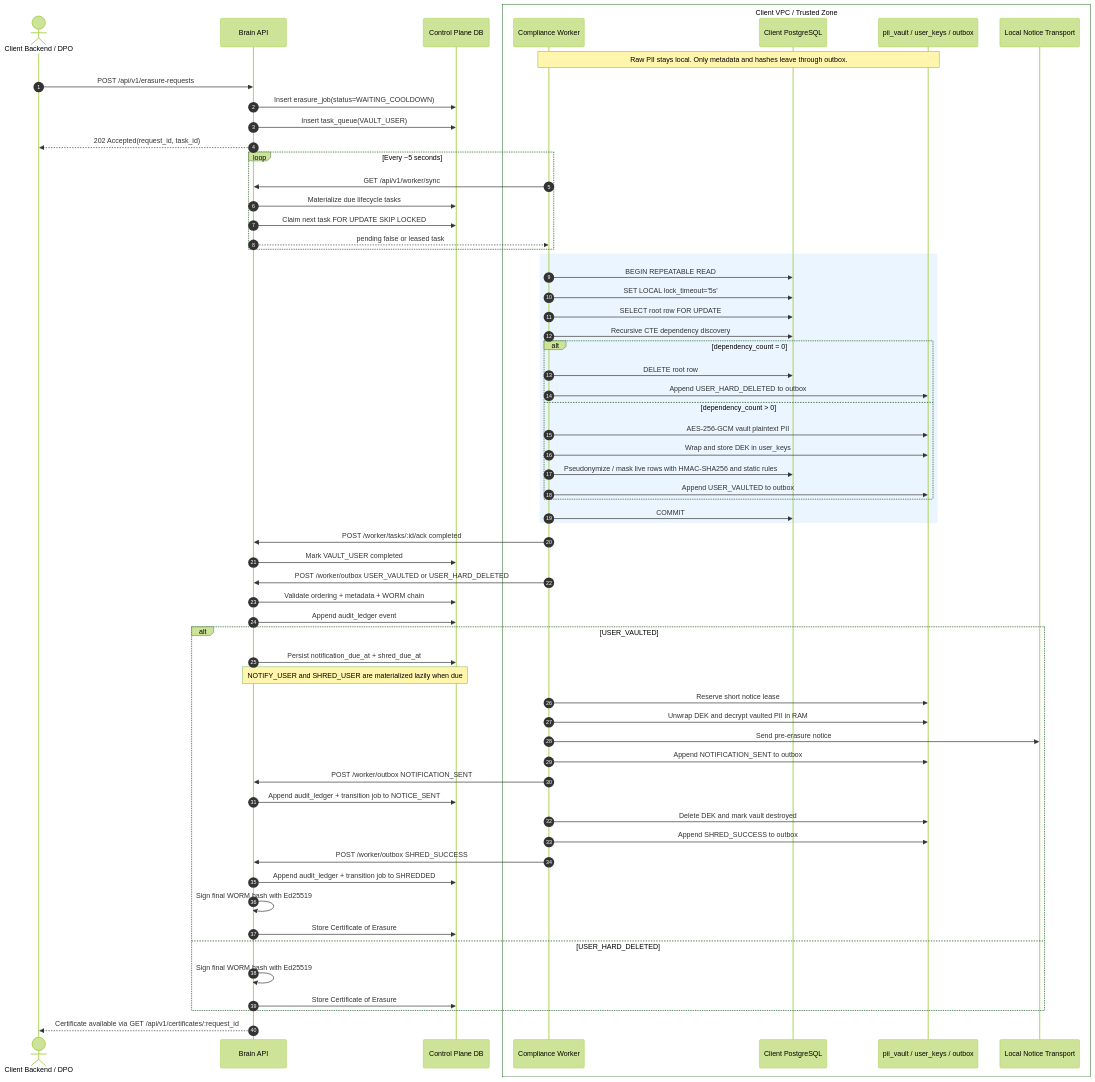
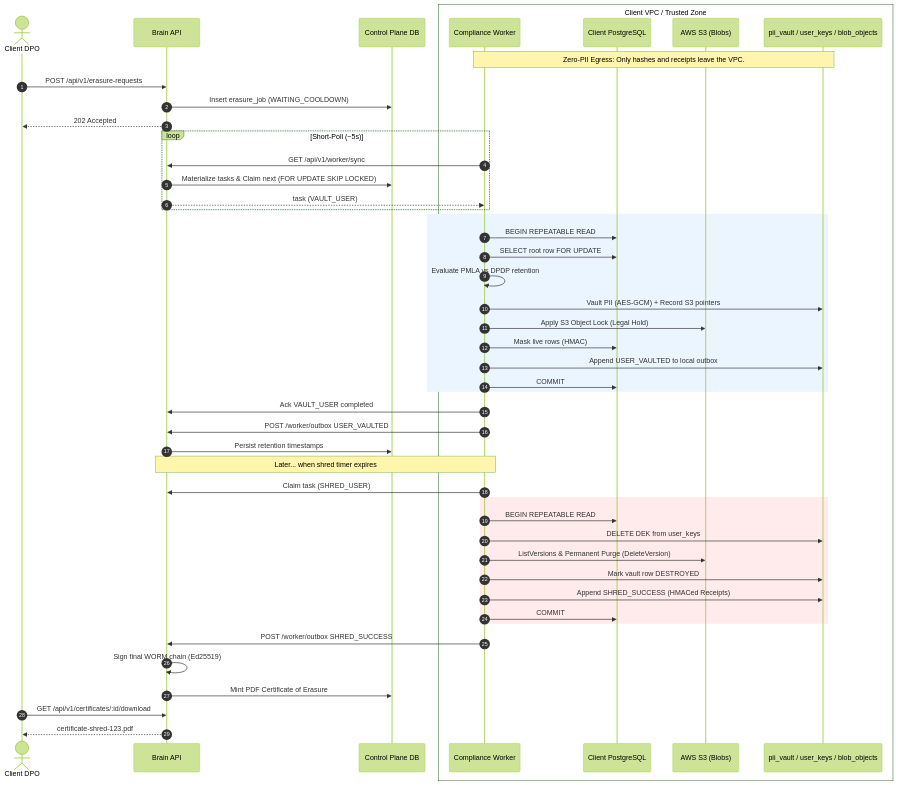
The diagram in docs/full-architecture/visuals/02-end-to-end-sequence.md (devxdh/compliance-app), drawn with Mermaid (forest theme) before and after one commit. The commit also changed other lines of this file and 19 other files, not shown here.

````diff
--- a/docs/full-architecture/visuals/02-end-to-end-sequence.md
+++ b/docs/full-architecture/visuals/02-end-to-end-sequence.md
@@ -3,76 +3,61 @@
 ```mermaid
 sequenceDiagram
     autonumber
-    actor Client as Client Backend / DPO
+    actor DPO as Client DPO
     participant API as Brain API
     participant CPDB as Control Plane DB
 
     box Client VPC / Trusted Zone
         participant Worker as Compliance Worker
         participant AppDB as Client PostgreSQL
-        participant Engine as pii_vault / user_keys / outbox
-        participant Mailer as Local Notice Transport
+        participant S3 as AWS S3 (Blobs)
+        participant Engine as pii_vault / user_keys / blob_objects
     end
 
-    Note over Worker,Engine: Raw PII stays local. Only metadata and hashes leave through outbox.
+    Note over Worker,Engine: Zero-PII Egress: Only hashes and receipts leave the VPC.
 
-    Client->>API: POST /api/v1/erasure-requests
-    API->>CPDB: Insert erasure_job(status=WAITING_COOLDOWN)
-    API->>CPDB: Insert task_queue(VAULT_USER)
-    API-->>Client: 202 Accepted(request_id, task_id)
+    DPO->>API: POST /api/v1/erasure-requests
+    API->>CPDB: Insert erasure_job (WAITING_COOLDOWN)
+    API-->>DPO: 202 Accepted
 
-    loop Every ~5 seconds
+    loop Short-Poll (~5s)
         Worker->>API: GET /api/v1/worker/sync
-        API->>CPDB: Materialize due lifecycle tasks
-        API->>CPDB: Claim next task FOR UPDATE SKIP LOCKED
-        API-->>Worker: pending false or leased task
+        API->>CPDB: Materialize tasks & Claim next (FOR UPDATE SKIP LOCKED)
+        API-->>Worker: task (VAULT_USER)
     end
 
     rect rgb(235,245,255)
         Worker->>AppDB: BEGIN REPEATABLE READ
-        Worker->>AppDB: SET LOCAL lock_timeout='5s'
         Worker->>AppDB: SELECT root row FOR UPDATE
-        Worker->>AppDB: Recursive CTE dependency discovery
-        alt dependency_count = 0
-            Worker->>AppDB: DELETE root row
-            Worker->>Engine: Append USER_HARD_DELETED to outbox
-        else dependency_count > 0
-            Worker->>Engine: AES-256-GCM vault plaintext PII
-            Worker->>Engine: Wrap and store DEK in user_keys
-            Worker->>AppDB: Pseudonymize / mask live rows with HMAC-SHA256 and static rules
-            Worker->>Engine: Append USER_VAULTED to outbox
-        end
+        Worker->>Worker: Evaluate PMLA vs DPDP retention
+        Worker->>Engine: Vault PII (AES-GCM) + Record S3 pointers
+        Worker->>S3: Apply S3 Object Lock (Legal Hold)
+        Worker->>AppDB: Mask live rows (HMAC)
+        Worker->>Engine: Append USER_VAULTED to local outbox
         Worker->>AppDB: COMMIT
     end
 
-    Worker->>API: POST /worker/tasks/:id/ack completed
-    API->>CPDB: Mark VAULT_USER completed
+    Worker->>API: Ack VAULT_USER completed
+    Worker->>API: POST /worker/outbox USER_VAULTED
+    API->>CPDB: Persist retention timestamps
 
-    Worker->>API: POST /worker/outbox USER_VAULTED or USER_HARD_DELETED
-    API->>CPDB: Validate ordering + metadata + WORM chain
-    API->>CPDB: Append audit_ledger event
+    Note over API,Worker: Later... when shred timer expires
 
-    alt USER_VAULTED
-        API->>CPDB: Persist notification_due_at + shred_due_at
-        Note over API,CPDB: NOTIFY_USER and SHRED_USER are materialized lazily when due
-
-        Worker->>Engine: Reserve short notice lease
-        Worker->>Engine: Unwrap DEK and decrypt vaulted PII in RAM
-        Worker->>Mailer: Send pre-erasure notice
-        Worker->>Engine: Append NOTIFICATION_SENT to outbox
-        Worker->>API: POST /worker/outbox NOTIFICATION_SENT
-        API->>CPDB: Append audit_ledger + transition job to NOTICE_SENT
-
-        Worker->>Engine: Delete DEK and mark vault destroyed
-        Worker->>Engine: Append SHRED_SUCCESS to outbox
-        Worker->>API: POST /worker/outbox SHRED_SUCCESS
-        API->>CPDB: Append audit_ledger + transition job to SHREDDED
-        API->>API: Sign final WORM hash with Ed25519
-        API->>CPDB: Store Certificate of Erasure
-    else USER_HARD_DELETED
-        API->>API: Sign final WORM hash with Ed25519
-        API->>CPDB: Store Certificate of Erasure
+    Worker->>API: Claim task (SHRED_USER)
+    
+    rect rgb(255,235,235)
+        Worker->>AppDB: BEGIN REPEATABLE READ
+        Worker->>Engine: DELETE DEK from user_keys
+        Worker->>S3: ListVersions & Permanent Purge (DeleteVersion)
+        Worker->>Engine: Mark vault row DESTROYED
+        Worker->>Engine: Append SHRED_SUCCESS (HMACed Receipts)
+        Worker->>AppDB: COMMIT
     end
 
-    API-->>Client: Certificate available via GET /api/v1/certificates/:request_id
+    Worker->>API: POST /worker/outbox SHRED_SUCCESS
+    API->>API: Sign final WORM chain (Ed25519)
+    API->>CPDB: Mint PDF Certificate of Erasure
+    
+    DPO->>API: GET /api/v1/certificates/:id/download
+    API-->>DPO: certificate-shred-123.pdf
 ```
````
